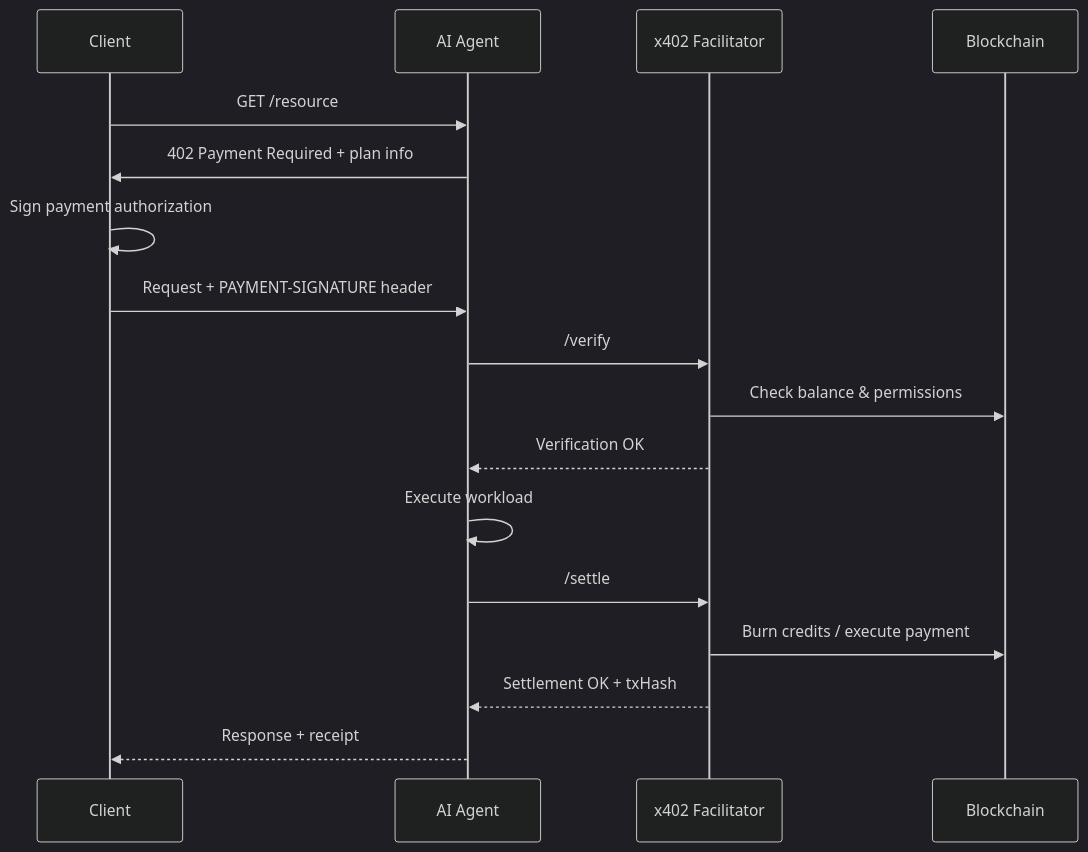
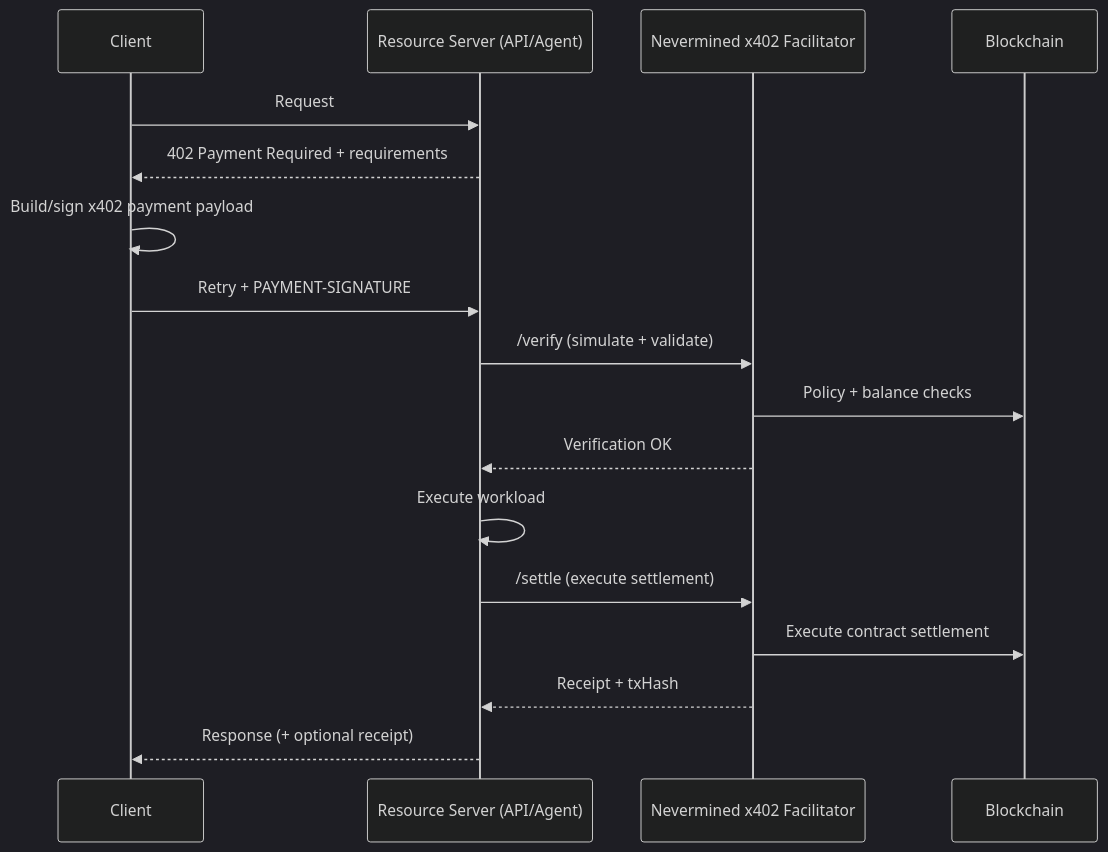
The diagram in docs/products/x402-facilitator/overview.mdx (nevermined-io/docs), drawn with Mermaid (dark theme) before and after one commit. The commit also changed other lines of this file and 8 other files, not shown here.

````diff
--- a/docs/products/x402-facilitator/overview.mdx
+++ b/docs/products/x402-facilitator/overview.mdx
@@ -41,25 +42,25 @@
 ```mermaid
 sequenceDiagram
     participant Client
-    participant Agent as AI Agent
-    participant Facilitator as x402 Facilitator
+    participant Server as Resource Server (API/Agent)
+    participant Facilitator as Nevermined x402 Facilitator
     participant Chain as Blockchain
 
-    Client->>Agent: GET /resource
-    Agent->>Client: 402 Payment Required + plan info
+    Client->>Server: Request
+    Server-->>Client: 402 Payment Required + requirements
 
-    Client->>Client: Sign payment authorization
-    Client->>Agent: Request + PAYMENT-SIGNATURE header
+    Client->>Client: Build/sign x402 payment payload
+    Client->>Server: Retry + PAYMENT-SIGNATURE
 
-    Agent->>Facilitator: /verify
-    Facilitator->>Chain: Check balance & permissions
-    Facilitator-->>Agent: Verification OK
+    Server->>Facilitator: /verify (simulate + validate)
+    Facilitator->>Chain: Policy + balance checks
+    Facilitator-->>Server: Verification OK
 
-    Agent->>Agent: Execute workload
+    Server->>Server: Execute workload
 
-    Agent->>Facilitator: /settle
-    Facilitator->>Chain: Burn credits / execute payment
-    Facilitator-->>Agent: Settlement OK + txHash
+    Server->>Facilitator: /settle (execute settlement)
+    Facilitator->>Chain: Execute contract settlement
+    Facilitator-->>Server: Receipt + txHash
 
-    Agent-->>Client: Response + receipt
+    Server-->>Client: Response (+ optional receipt)
 ```
````
